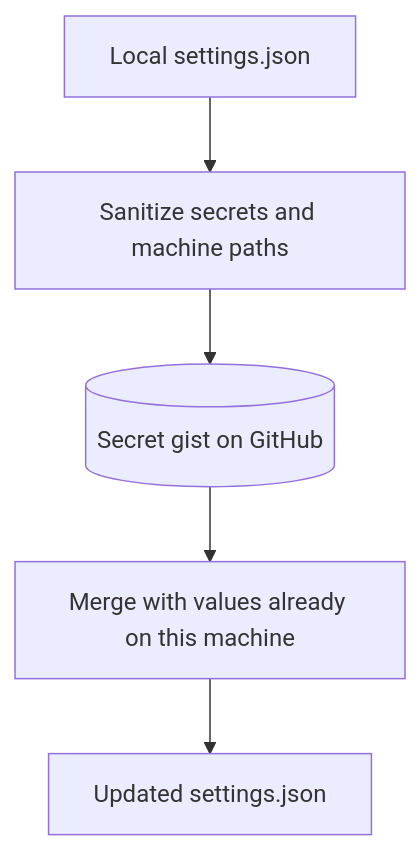
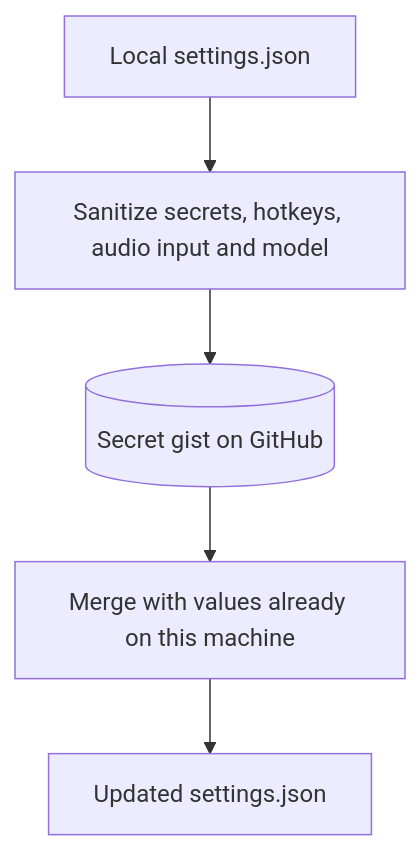
Before and after one commit to callmeteus/hex-sync: the diagram in README.md, drawn with Mermaid. The commit also changed other lines of this file and 2 other files, not shown here.

First line of the commit message:
feat: add release workflow and keep hotkeys, audio input and model local

````diff
--- a/README.md
+++ b/README.md
@@ -48,7 +49,7 @@
 ```mermaid
 flowchart TD
-    L[Local settings.json] --> S[Sanitize secrets and machine paths]
+    L[Local settings.json] --> S[Sanitize secrets, hotkeys, audio input and model]
     S --> G[(Secret gist on GitHub)]
     G --> M[Merge with values already on this machine]
     M --> R[Updated settings.json]
 ```
````
